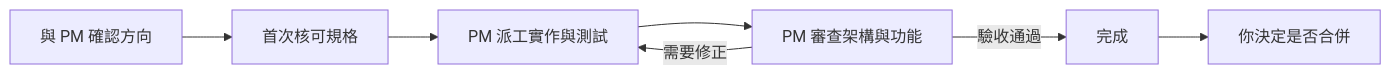
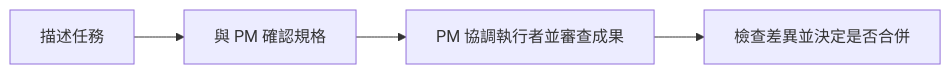
Before and after one commit to AquilaWei/harnessboard: the diagram in README.zh-TW.md, drawn with Mermaid. The commit also changed other lines of this file and 1 other file, not shown here.

````diff
--- a/README.zh-TW.md
+++ b/README.zh-TW.md
@@ -160,9 +11,6 @@
 ```mermaid
 flowchart LR
-  U[與 PM 確認方向] --> A[首次核可規格]
-  A --> W[PM 派工實作與測試]
-  W --> R[PM 審查架構與功能]
-  R -->|需要修正| W
-  R -->|驗收通過| D[完成]
-  D --> M[你決定是否合併]
+  A[描述任務] --> B[與 PM 確認規格]
+  B --> C[PM 協調執行者並審查成果]
+  C --> D[檢查差異並決定是否合併]
 ```
````
